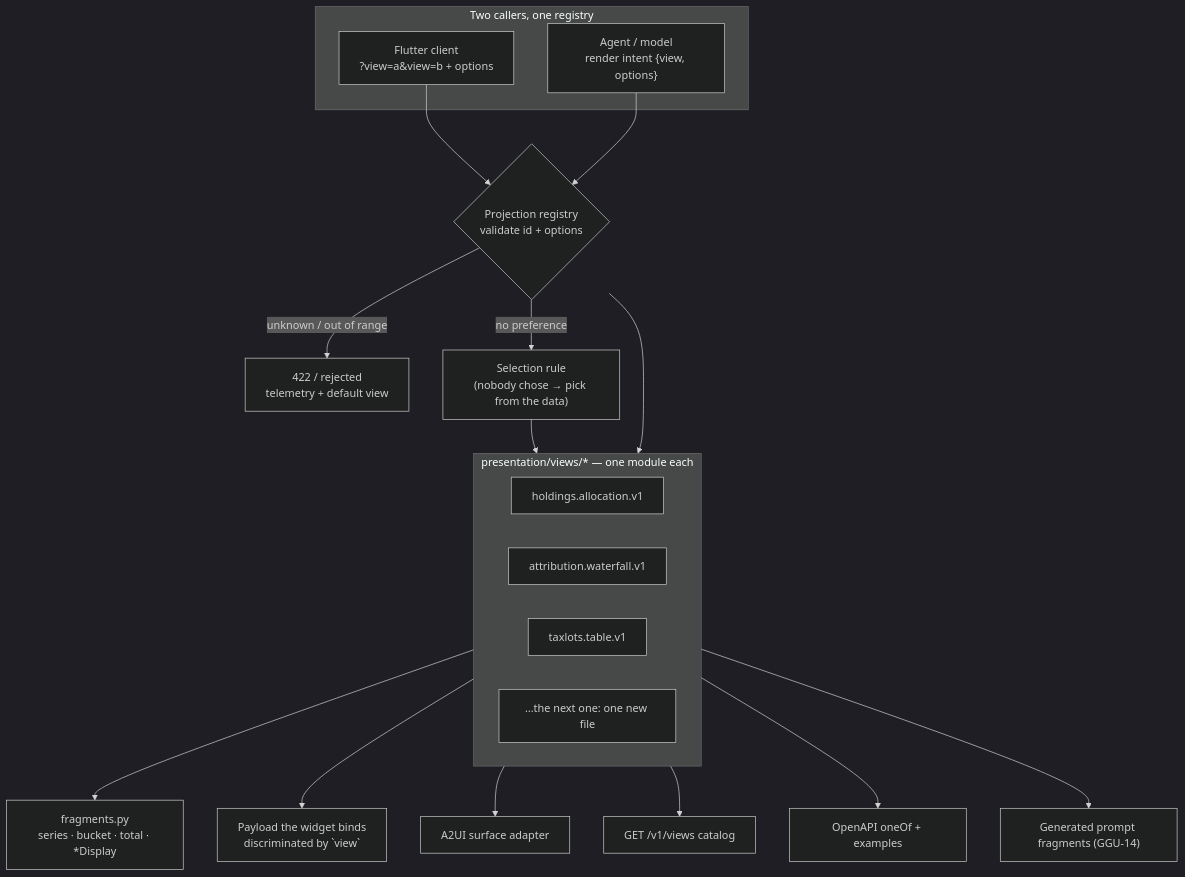
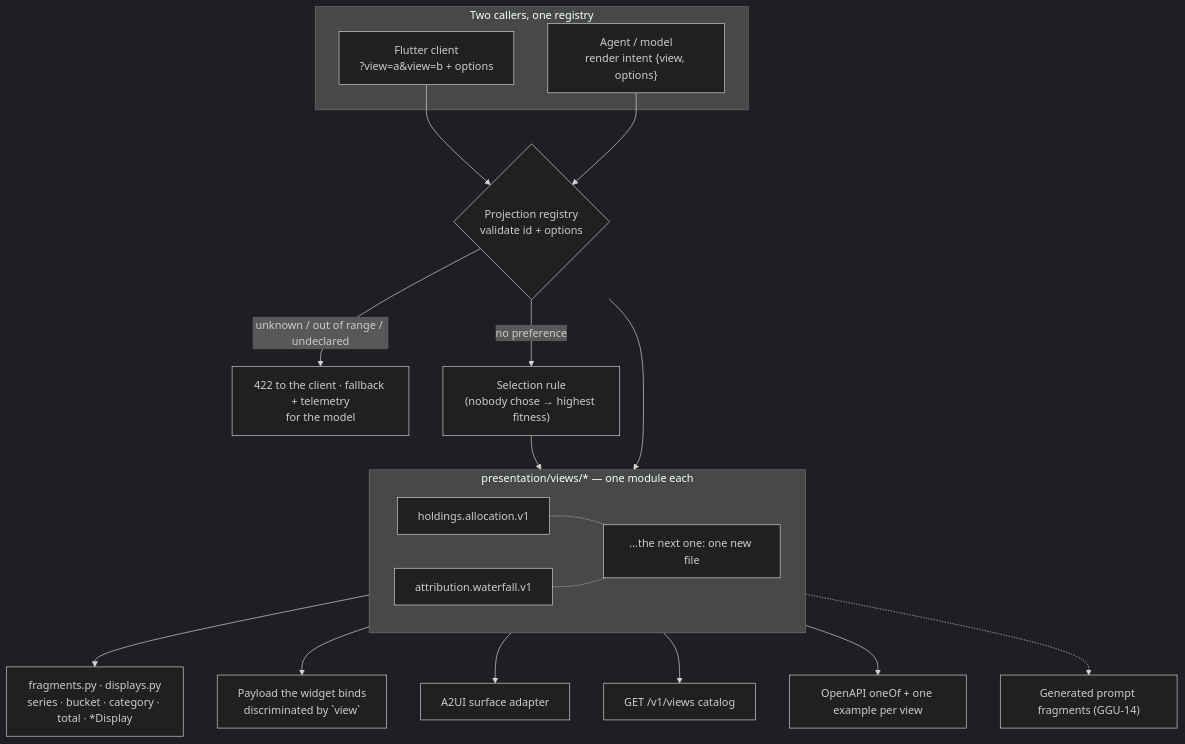
The diagram in docs/diagrams/06-response-shaping.md (somnio-projects/finance-google-a2ui), drawn with Mermaid (dark theme) before and after one commit. The commit also changed other lines of this file and 53 other files, not shown here.

````diff
--- a/docs/diagrams/06-response-shaping.md
+++ b/docs/diagrams/06-response-shaping.md
@@ -5,37 +7,41 @@
 ```mermaid
 flowchart TB
     subgraph callers["Two callers, one registry"]
         cl["Flutter client<br/>?view=a&view=b + options"]
         ag["Agent / model<br/>render intent {view, options}"]
     end
     reg{"Projection registry<br/>validate id + options"}
-    rej["422 / rejected<br/>telemetry + default view"]
-    sel["Selection rule<br/>(nobody chose → pick from the data)"]
+    rej["422 to the client · fallback + telemetry<br/>for the model"]
+    sel["Selection rule<br/>(nobody chose → highest fitness)"]
     subgraph views["presentation/views/* — one module each"]
         v1["holdings.allocation.v1"]
         v2["attribution.waterfall.v1"]
-        v3["taxlots.table.v1"]
         vn["…the next one: one new file"]
     end
-    frag["fragments.py<br/>series · bucket · total · *Display"]
+    frag["fragments.py · displays.py<br/>series · bucket · category · total · *Display"]
     out["Payload the widget binds<br/>discriminated by `view`"]
     a2ui["A2UI surface adapter"]
     cat["GET /v1/views catalog"]
-    oa["OpenAPI oneOf + examples"]
+    oa["OpenAPI oneOf + one example per view"]
     pf["Generated prompt fragments (GGU-14)"]
 
     cl --> reg
     ag --> reg
-    reg -- "unknown / out of range" --> rej
+    reg -- "unknown / out of range / undeclared" --> rej
     reg -- "no preference" --> sel --> views
     reg --> views
     views --> frag
     views --> out
     views --> a2ui
     views --> cat
     views --> oa
-    views --> pf
+    views -.-> pf
+    v1 -.- vn
+    v2 -.- vn
 
-    %% Registering once publishes to four consumers; adding a chart
-    %% touches only its own module (ADR-K D-14, D-15).
+    %% Registering once publishes to four consumers; adding a chart touches
+    %% only its own module (ADR-K D-14, D-15) — views/ is auto-discovered,
+    %% so not even an import line is edited.
+    %% The client's rejection is a 422; the model's is a recorded fallback
+    %% to the endpoint default (ADR-K D-12).
 ```
````
